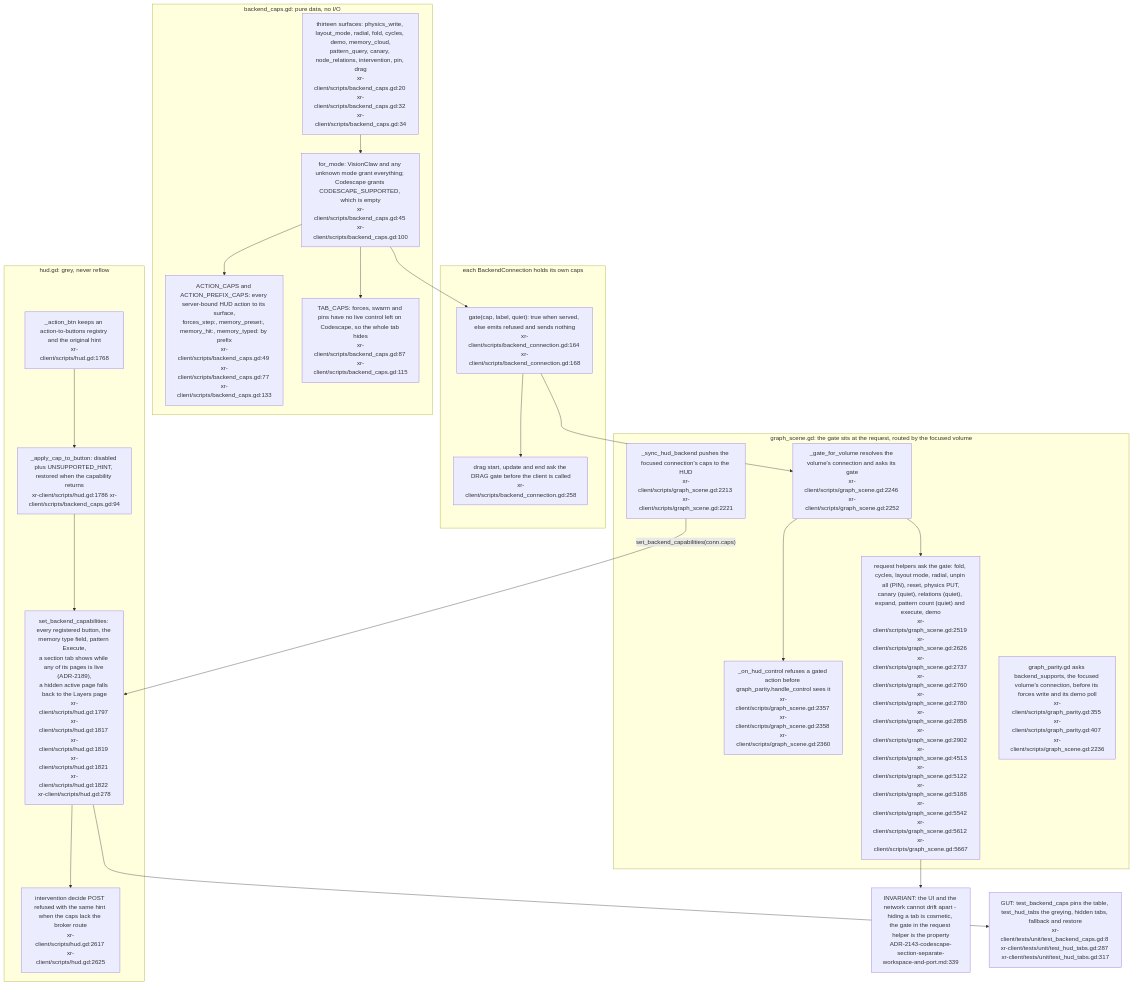
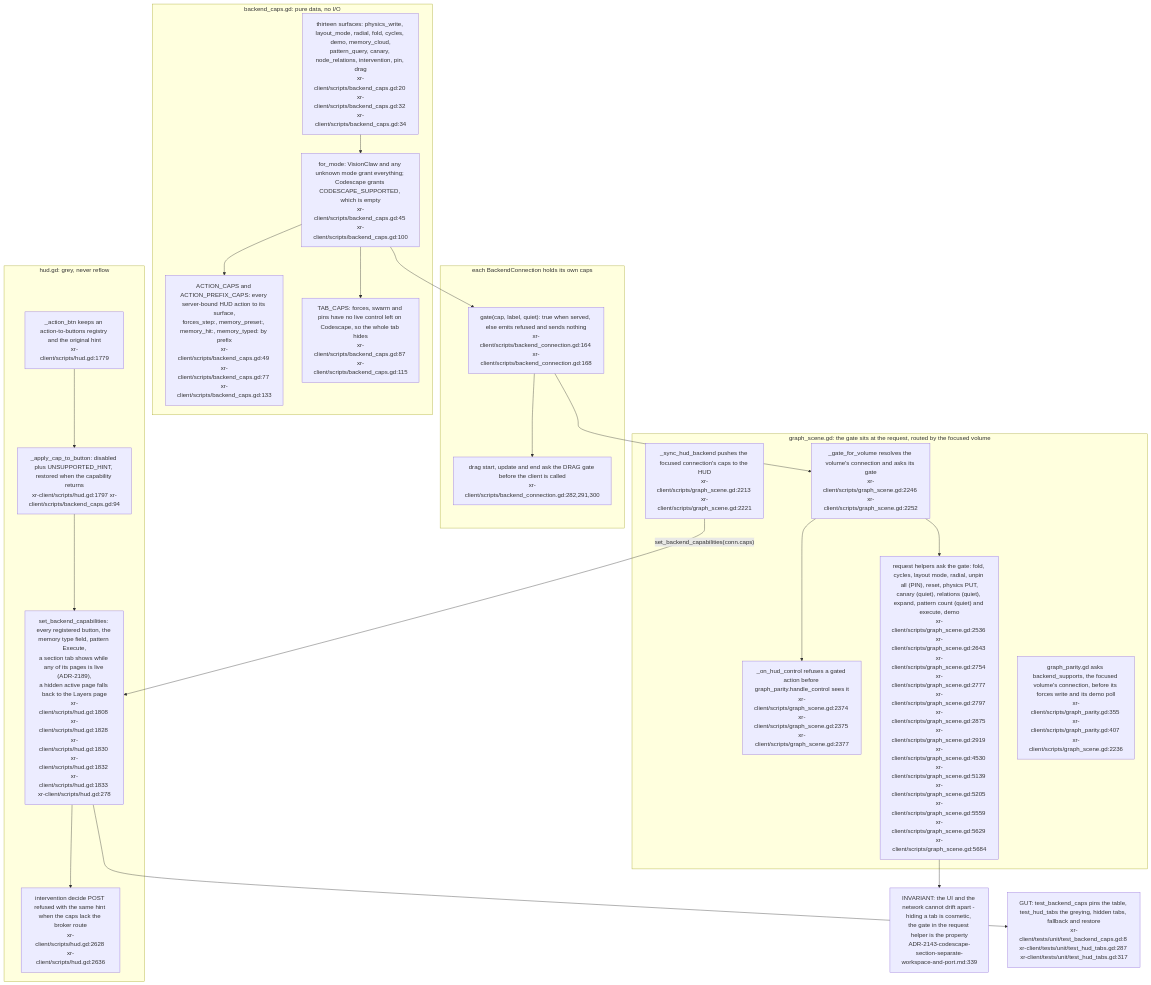
Before and after one commit to DreamLab-AI/VisionFlow: the first of 3 diagrams in docs/diagrams/visionclaw/40-xr-two-backends-capability-gating.md, drawn with Mermaid. The commit also changed other lines of this file and 49 other files, not shown here.

First line of the commit message:
docs(diagrams): re-derive and re-stamp VisionClaw, estate, knowledge-graph, visionGraph, VisionFlow and sidestr topics

````diff
--- a/docs/diagrams/visionclaw/40-xr-two-backends-capability-gating.md
+++ b/docs/diagrams/visionclaw/40-xr-two-backends-capability-gating.md
@@ -40,41 +40,41 @@
 ```mermaid
 flowchart TB
     subgraph TABLE["backend_caps.gd: pure data, no I/O"]
         KEYS["thirteen surfaces: physics_write, layout_mode, radial, fold, cycles, demo, memory_cloud,<br/>pattern_query, canary, node_relations, intervention, pin, drag<br/>xr-client/scripts/backend_caps.gd:20 xr-client/scripts/backend_caps.gd:32 xr-client/scripts/backend_caps.gd:34"]
         MODE["for_mode: VisionClaw and any unknown mode grant everything; Codescape grants CODESCAPE_SUPPORTED, which is empty<br/>xr-client/scripts/backend_caps.gd:45 xr-client/scripts/backend_caps.gd:100"]
         AMAP["ACTION_CAPS and ACTION_PREFIX_CAPS: every server-bound HUD action to its surface,<br/>forces_step:, memory_preset:, memory_hit:, memory_typed: by prefix<br/>xr-client/scripts/backend_caps.gd:49 xr-client/scripts/backend_caps.gd:77 xr-client/scripts/backend_caps.gd:133"]
         TMAP["TAB_CAPS: forces, swarm and pins have no live control left on Codescape, so the whole tab hides<br/>xr-client/scripts/backend_caps.gd:87 xr-client/scripts/backend_caps.gd:115"]
         KEYS --> MODE
         MODE --> AMAP
         MODE --> TMAP
     end
     subgraph CONN["each BackendConnection holds its own caps"]
         CGATE["gate(cap, label, quiet): true when served, else emits refused and sends nothing<br/>xr-client/scripts/backend_connection.gd:164 xr-client/scripts/backend_connection.gd:168"]
-        DRAG["drag start, update and end ask the DRAG gate before the client is called<br/>xr-client/scripts/backend_connection.gd:258"]
+        DRAG["drag start, update and end ask the DRAG gate before the client is called<br/>xr-client/scripts/backend_connection.gd:282,291,300"]
     end
     subgraph SCENE["graph_scene.gd: the gate sits at the request, routed by the focused volume"]
         GATE["_gate_for_volume resolves the volume's connection and asks its gate<br/>xr-client/scripts/graph_scene.gd:2246 xr-client/scripts/graph_scene.gd:2252"]
-        CTRL["_on_hud_control refuses a gated action before graph_parity.handle_control sees it<br/>xr-client/scripts/graph_scene.gd:2357 xr-client/scripts/graph_scene.gd:2358 xr-client/scripts/graph_scene.gd:2360"]
-        REQ["request helpers ask the gate: fold, cycles, layout mode, radial, unpin all (PIN), reset, physics PUT,<br/>canary (quiet), relations (quiet), expand, pattern count (quiet) and execute, demo<br/>xr-client/scripts/graph_scene.gd:2519 xr-client/scripts/graph_scene.gd:2626 xr-client/scripts/graph_scene.gd:2737 xr-client/scripts/graph_scene.gd:2760 xr-client/scripts/graph_scene.gd:2780 xr-client/scripts/graph_scene.gd:2858 xr-client/scripts/graph_scene.gd:2902 xr-client/scripts/graph_scene.gd:4513 xr-client/scripts/graph_scene.gd:5122 xr-client/scripts/graph_scene.gd:5188 xr-client/scripts/graph_scene.gd:5542 xr-client/scripts/graph_scene.gd:5612 xr-client/scripts/graph_scene.gd:5667"]
+        CTRL["_on_hud_control refuses a gated action before graph_parity.handle_control sees it<br/>xr-client/scripts/graph_scene.gd:2374 xr-client/scripts/graph_scene.gd:2375 xr-client/scripts/graph_scene.gd:2377"]
+        REQ["request helpers ask the gate: fold, cycles, layout mode, radial, unpin all (PIN), reset, physics PUT,<br/>canary (quiet), relations (quiet), expand, pattern count (quiet) and execute, demo<br/>xr-client/scripts/graph_scene.gd:2536 xr-client/scripts/graph_scene.gd:2643 xr-client/scripts/graph_scene.gd:2754 xr-client/scripts/graph_scene.gd:2777 xr-client/scripts/graph_scene.gd:2797 xr-client/scripts/graph_scene.gd:2875 xr-client/scripts/graph_scene.gd:2919 xr-client/scripts/graph_scene.gd:4530 xr-client/scripts/graph_scene.gd:5139 xr-client/scripts/graph_scene.gd:5205 xr-client/scripts/graph_scene.gd:5559 xr-client/scripts/graph_scene.gd:5629 xr-client/scripts/graph_scene.gd:5684"]
         PAR["graph_parity.gd asks backend_supports, the focused volume's connection, before its forces write and its demo poll<br/>xr-client/scripts/graph_parity.gd:355 xr-client/scripts/graph_parity.gd:407 xr-client/scripts/graph_scene.gd:2236"]
         SYNC["_sync_hud_backend pushes the focused connection's caps to the HUD<br/>xr-client/scripts/graph_scene.gd:2213 xr-client/scripts/graph_scene.gd:2221"]
         GATE --> CTRL
         GATE --> REQ
     end
     subgraph HUD["hud.gd: grey, never reflow"]
-        REG["_action_btn keeps an action-to-buttons registry and the original hint<br/>xr-client/scripts/hud.gd:1768"]
-        APPLY["_apply_cap_to_button: disabled plus UNSUPPORTED_HINT, restored when the capability returns<br/>xr-client/scripts/hud.gd:1786 xr-client/scripts/backend_caps.gd:94"]
-        SET["set_backend_capabilities: every registered button, the memory type field, pattern Execute,<br/>a section tab shows while any of its pages is live (ADR-2189),<br/>a hidden active page falls back to the Layers page<br/>xr-client/scripts/hud.gd:1797 xr-client/scripts/hud.gd:1817 xr-client/scripts/hud.gd:1819 xr-client/scripts/hud.gd:1821 xr-client/scripts/hud.gd:1822 xr-client/scripts/hud.gd:278"]
-        DEC["intervention decide POST refused with the same hint when the caps lack the broker route<br/>xr-client/scripts/hud.gd:2617 xr-client/scripts/hud.gd:2625"]
+        REG["_action_btn keeps an action-to-buttons registry and the original hint<br/>xr-client/scripts/hud.gd:1779"]
+        APPLY["_apply_cap_to_button: disabled plus UNSUPPORTED_HINT, restored when the capability returns<br/>xr-client/scripts/hud.gd:1797 xr-client/scripts/backend_caps.gd:94"]
+        SET["set_backend_capabilities: every registered button, the memory type field, pattern Execute,<br/>a section tab shows while any of its pages is live (ADR-2189),<br/>a hidden active page falls back to the Layers page<br/>xr-client/scripts/hud.gd:1808 xr-client/scripts/hud.gd:1828 xr-client/scripts/hud.gd:1830 xr-client/scripts/hud.gd:1832 xr-client/scripts/hud.gd:1833 xr-client/scripts/hud.gd:278"]
+        DEC["intervention decide POST refused with the same hint when the caps lack the broker route<br/>xr-client/scripts/hud.gd:2628 xr-client/scripts/hud.gd:2636"]
         REG --> APPLY --> SET
         SET --> DEC
     end
     MODE --> CGATE
     CGATE --> GATE
     CGATE --> DRAG
     SYNC -->|"set_backend_capabilities(conn.caps)"| SET
     INV["INVARIANT: the UI and the network cannot drift apart - hiding a tab is cosmetic, the gate in the request helper is the property<br/>ADR-2143-codescape-section-separate-workspace-and-port.md:339"]
     T1["GUT: test_backend_caps pins the table, test_hud_tabs the greying, hidden tabs, fallback and restore<br/>xr-client/tests/unit/test_backend_caps.gd:8 xr-client/tests/unit/test_hud_tabs.gd:287 xr-client/tests/unit/test_hud_tabs.gd:317"]
     REQ --> INV
     SET --> T1
 ```
````
